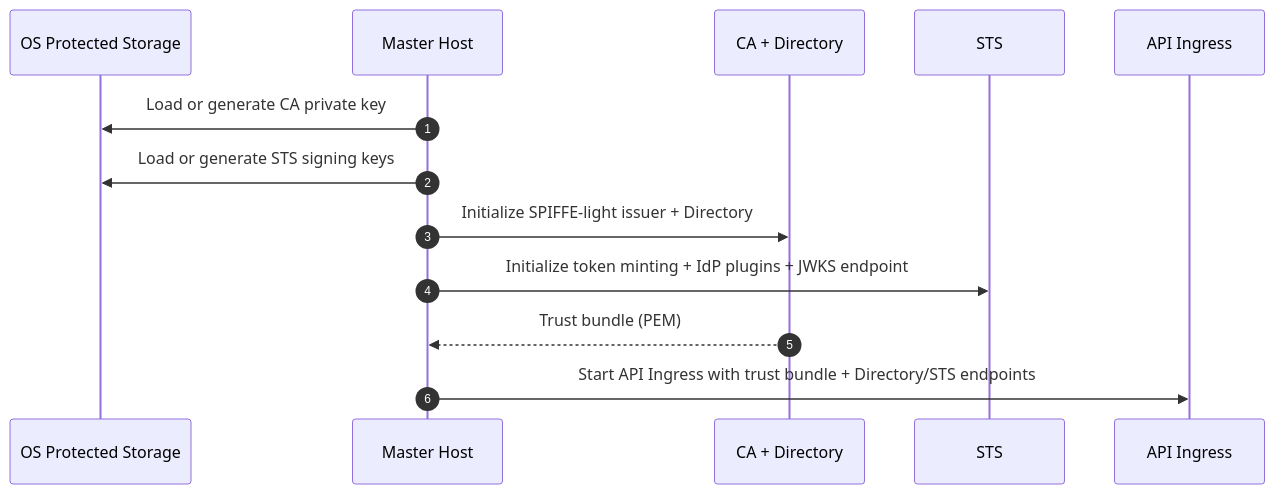
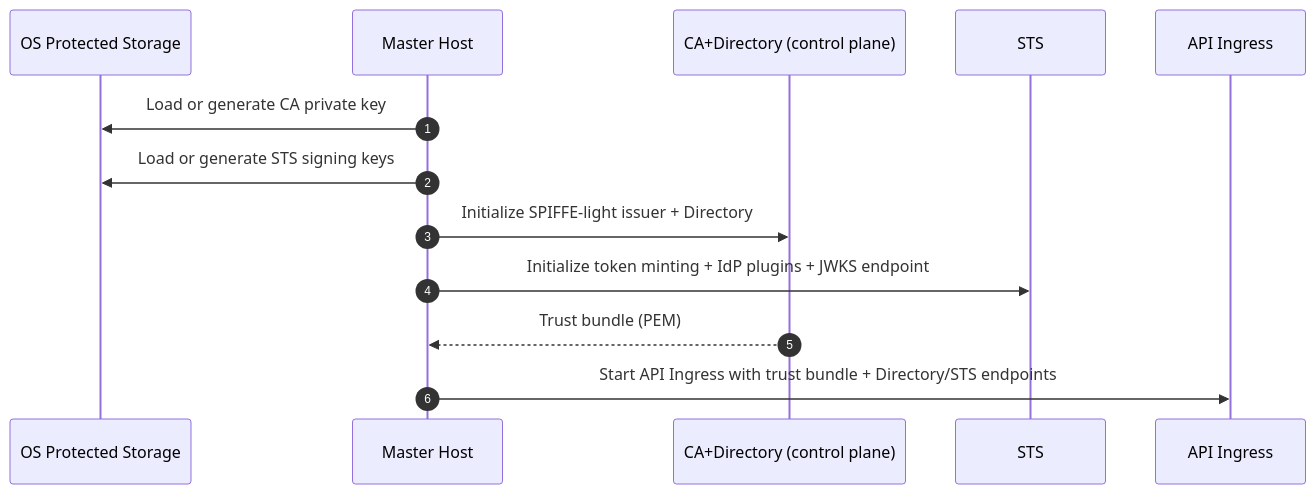
Before and after one commit to MikeFalcon77/modkit-zero-trust: the first of 5 diagrams in modkit_zero_trust.MD, drawn with Mermaid. The commit also changed other lines of this file, not shown here.

````diff
--- a/modkit_zero_trust.MD
+++ b/modkit_zero_trust.MD
@@ -990,16 +1209,16 @@
 ```mermaid
 sequenceDiagram
   autonumber
   participant OS as OS Protected Storage
   participant MH as Master Host
-  participant CA as CA + Directory
+  participant CA as CA+Directory (control plane)
   participant STS as STS
   participant AG as API Ingress
 
   MH->>OS: Load or generate CA private key
   MH->>OS: Load or generate STS signing keys
   MH->>CA: Initialize SPIFFE-light issuer + Directory
   MH->>STS: Initialize token minting + IdP plugins + JWKS endpoint
   CA-->>MH: Trust bundle (PEM)
   MH->>AG: Start API Ingress with trust bundle + Directory/STS endpoints
 ```
````
